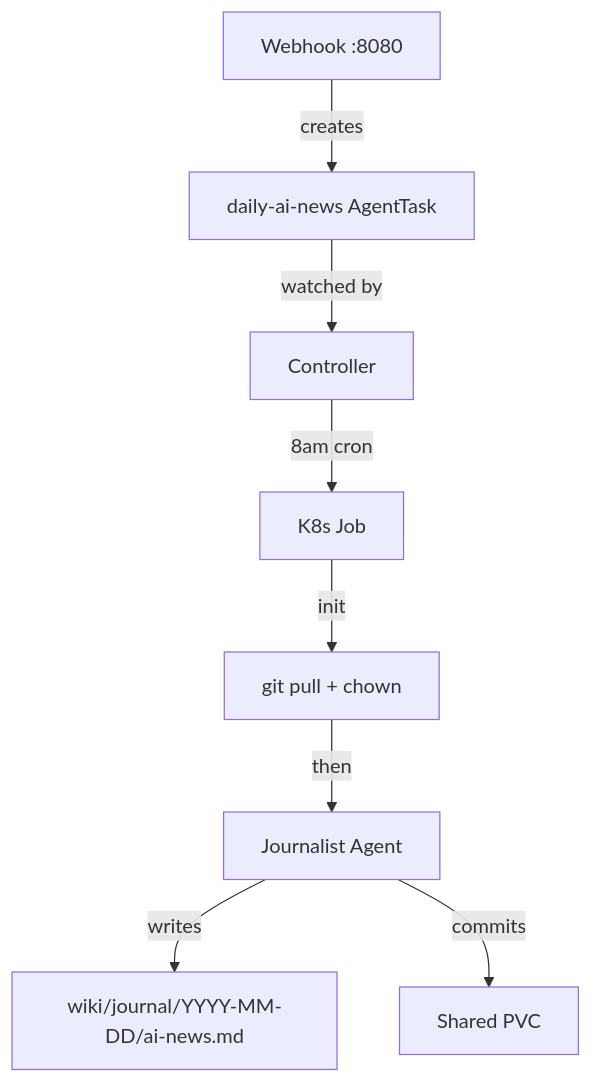
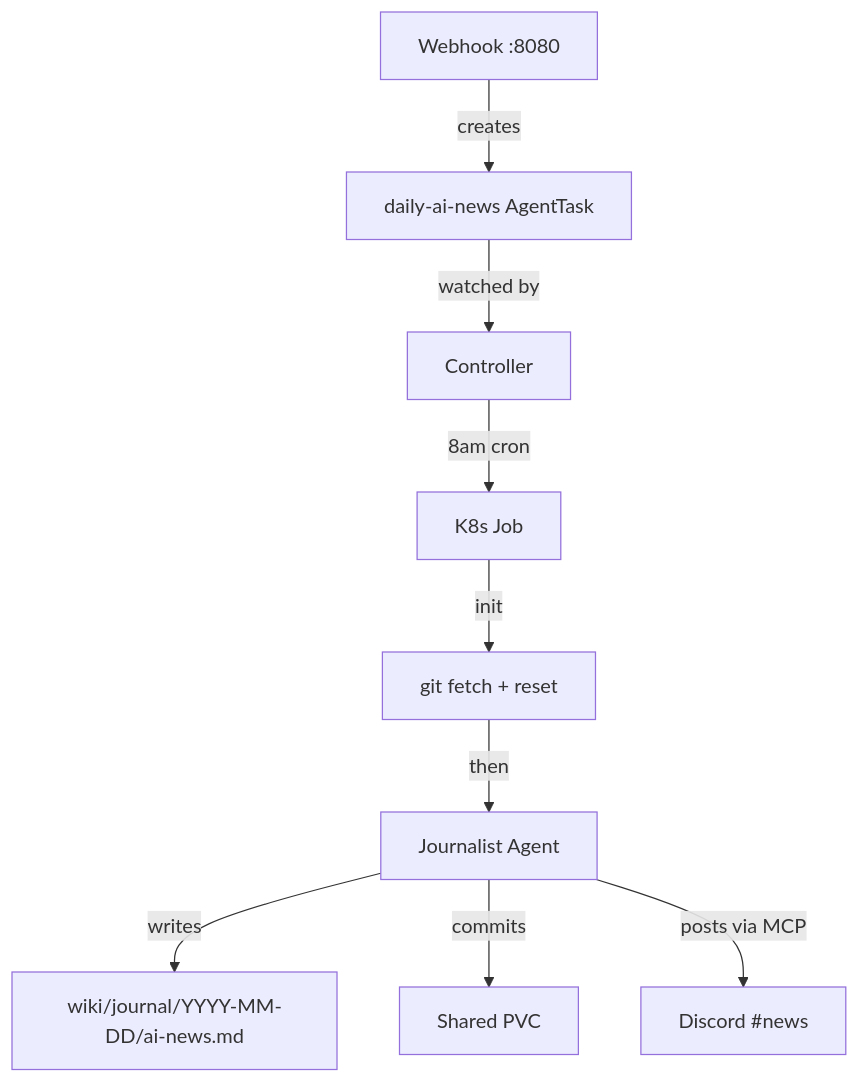
The diagram in apps/blog/blog/markdown/posts/cron-event-triggered-ai-agents-k8s.md (kylep/multi), drawn with Mermaid before and after one commit. The commit also changed other lines of this file, not shown here.

````diff
--- a/apps/blog/blog/markdown/posts/cron-event-triggered-ai-agents-k8s.md
+++ b/apps/blog/blog/markdown/posts/cron-event-triggered-ai-agents-k8s.md
@@ -79,10 +82,11 @@
 ```mermaid
 graph TD
     AT[daily-ai-news AgentTask] -->|watched by| CTRL[Controller]
     CTRL -->|8am cron| JOB[K8s Job]
-    JOB -->|init| GIT[git pull + chown]
+    JOB -->|init| GIT[git fetch + reset]
     GIT -->|then| AGENT[Journalist Agent]
     AGENT -->|writes| WIKI[wiki/journal/YYYY-MM-DD/ai-news.md]
     AGENT -->|commits| PVC[Shared PVC]
+    AGENT -->|posts via MCP| DISCORD[Discord #news]
     WH[Webhook :8080] -->|creates| AT
 ```
````
